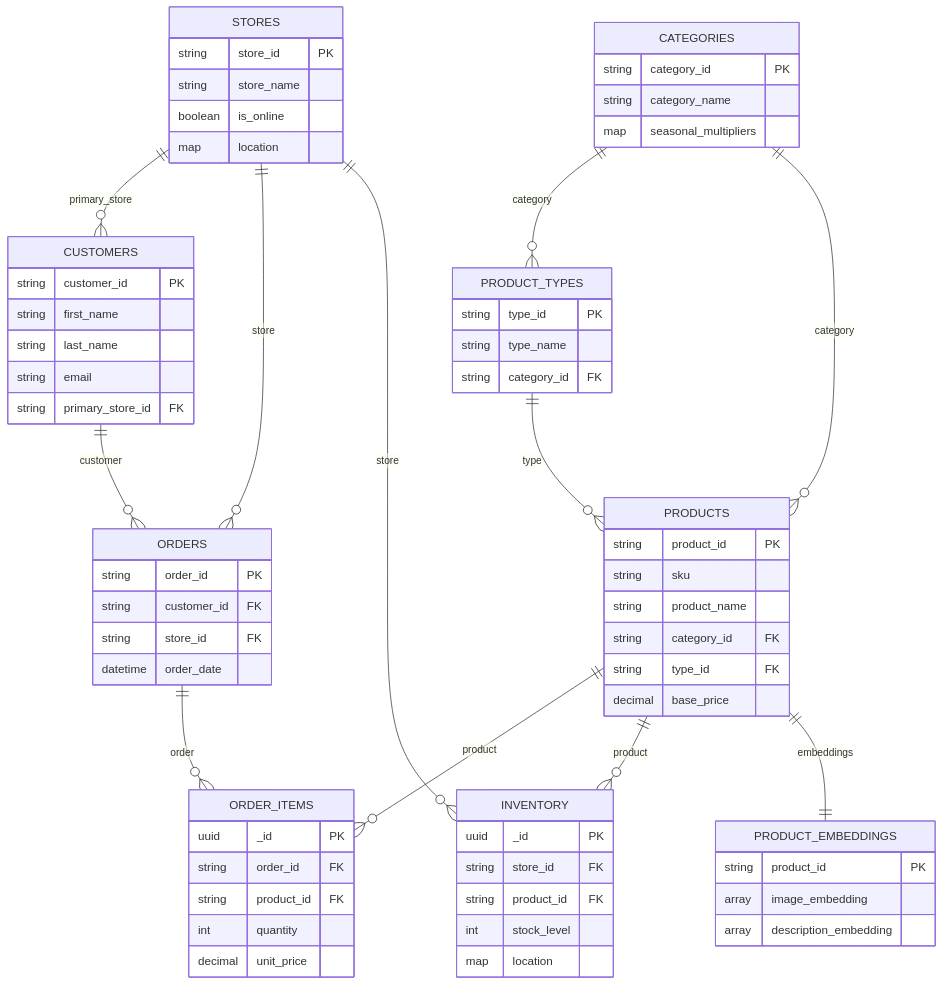
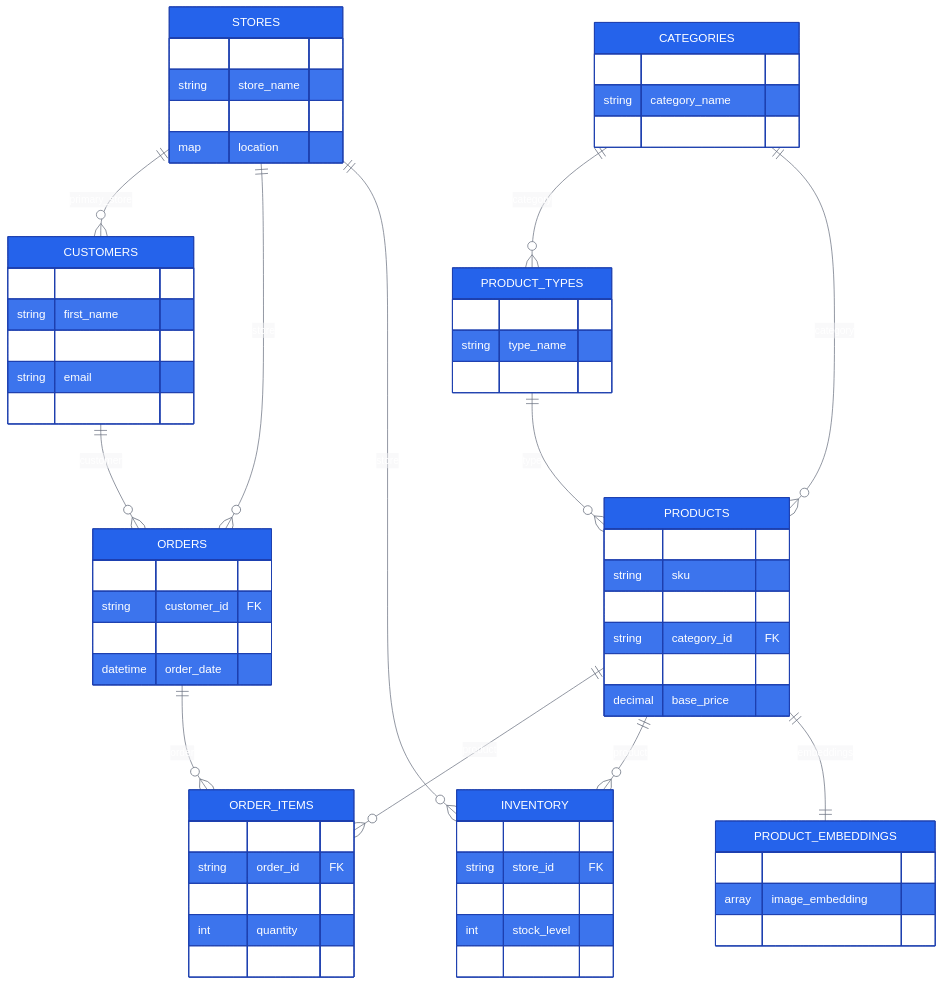
One commit to ditto-examples/retail-demo-zava-dyi-dataset changed the diagram in docs/DATA_MODEL.md. Above: the diagram before and after it, drawn with Mermaid. The commit also changed 2 other files, not shown here.

Commit message:
feat: fixed diagram rendering colors

````diff
--- a/docs/DATA_MODEL.md
+++ b/docs/DATA_MODEL.md
@@ -622,4 +622,5 @@
 ```mermaid
+%%{init: {'theme':'base', 'themeVariables': { 'primaryColor':'#2563eb','primaryTextColor':'#fff','primaryBorderColor':'#1e40af','lineColor':'#6b7280','tertiaryColor':'#f3f4f6','tertiaryTextColor':'#000','tertiaryBorderColor':'#9ca3af'}}}%%
 erDiagram
     STORES ||--o{ CUSTOMERS : "primary_store"
     STORES ||--o{ ORDERS : "store"
````
